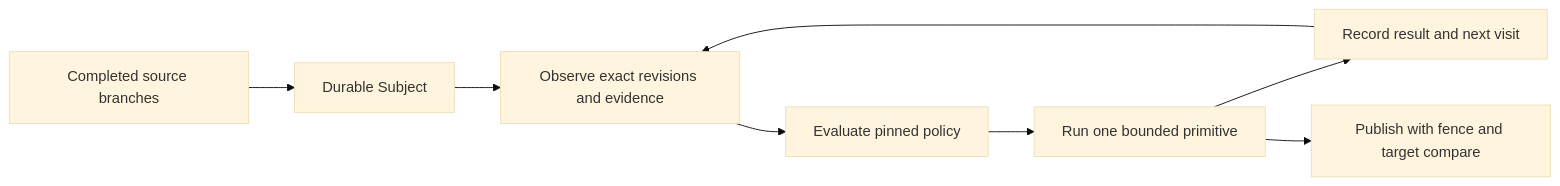
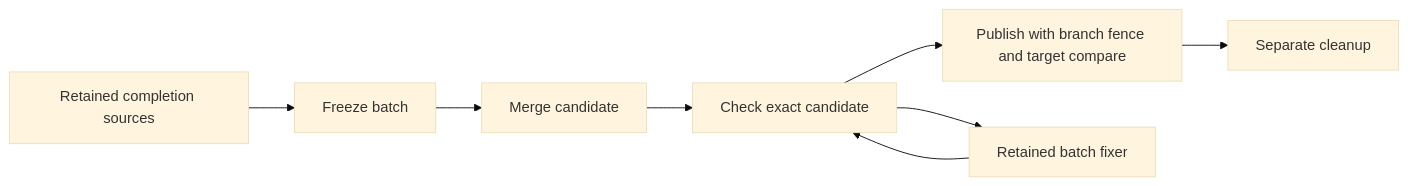
The diagram in docs/concepts/integration.md (ElectricJack/agent-queue), drawn with Mermaid (base theme) before and after one commit. The commit also changed other lines of this file and 16 other files, not shown here.

````diff
--- a/docs/concepts/integration.md
+++ b/docs/concepts/integration.md
@@ -21,10 +21,10 @@
 ```mermaid
 flowchart LR
-    A[Completed source branches] --> B[Durable Subject]
-    B --> C[Observe exact revisions and evidence]
-    C --> D[Evaluate pinned policy]
-    D --> E[Run one bounded primitive]
-    E --> F[Record result and next visit]
-    F --> C
-    E --> G[Publish with fence and target compare]
+    A[Retained completion sources] --> B[Freeze batch]
+    B --> C[Merge candidate]
+    C --> D[Check exact candidate]
+    D --> E[Publish with branch fence and target compare]
+    D --> F[Retained batch fixer]
+    F --> D
+    E --> G[Separate cleanup]
 ```
````
